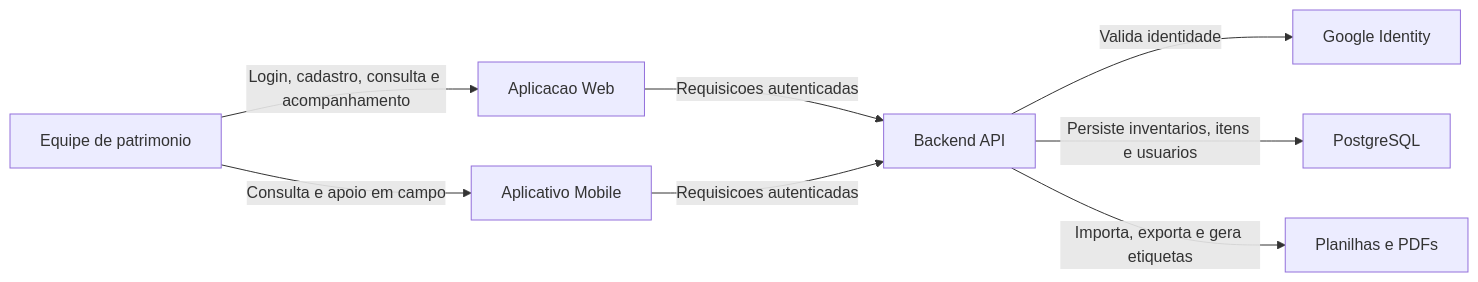
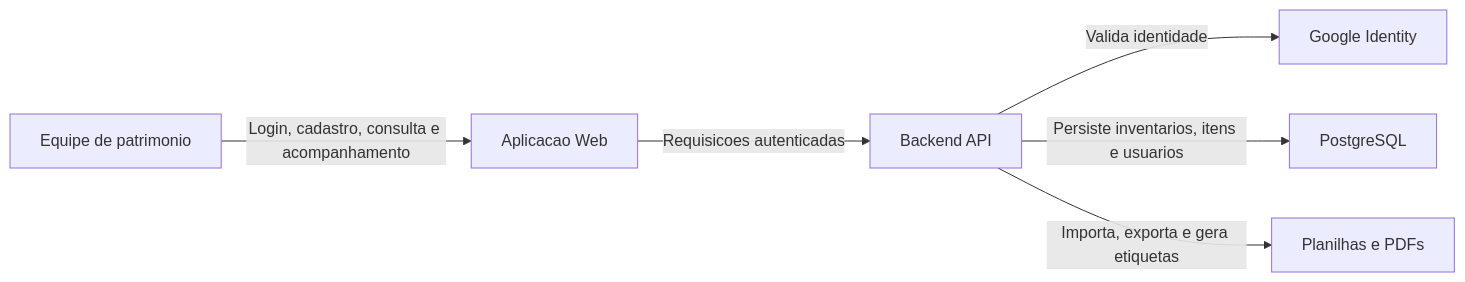
One commit to ifpebj-ti/inventario-patrimonio-cces changed the diagram in docs/wiki/Documento-de-Visao.md. Above: the diagram before and after it, drawn with Mermaid. The commit also changed other lines of this file and 10 other files, not shown here.

````diff
--- a/docs/wiki/Documento-de-Visao.md
+++ b/docs/wiki/Documento-de-Visao.md
@@ -71,18 +70,15 @@
 ```mermaid
 flowchart LR
     equipe["Equipe de patrimonio"]
     web["Aplicacao Web"]
-    mobile["Aplicativo Mobile"]
     api["Backend API"]
     banco["PostgreSQL"]
     google["Google Identity"]
     arquivos["Planilhas e PDFs"]
 
     equipe -->|"Login, cadastro, consulta e acompanhamento"| web
-    equipe -->|"Consulta e apoio em campo"| mobile
     web -->|"Requisicoes autenticadas"| api
-    mobile -->|"Requisicoes autenticadas"| api
     api -->|"Valida identidade"| google
     api -->|"Persiste inventarios, itens e usuarios"| banco
     api -->|"Importa, exporta e gera etiquetas"| arquivos
 ```
````
